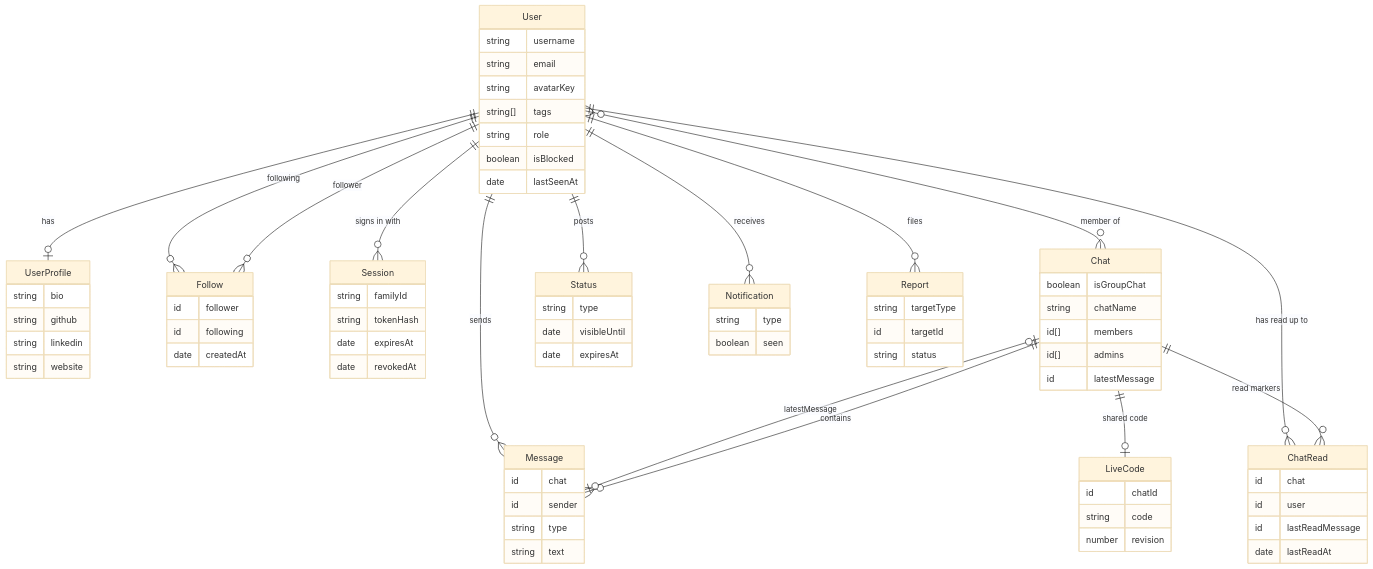
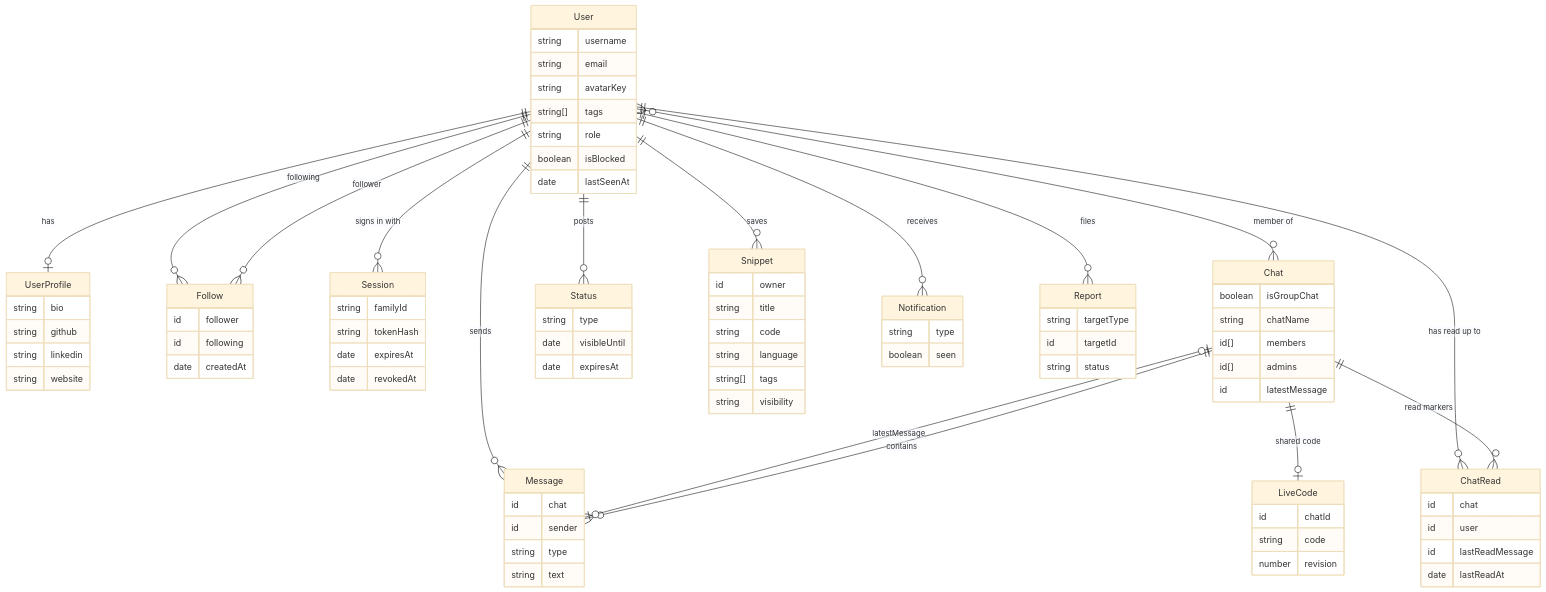
The second of 2 diagrams in README.md (Prabodh-dev/DevSphere), drawn with Mermaid (base theme) before and after one commit. The commit also changed 13 other files, not shown here.

Commit message:
Add saved snippets with visibility, tags, listing and removal

```diff
--- a/README.md
+++ b/README.md
@@ -150,6 +150,7 @@
     Chat ||--o{ ChatRead : "read markers"
     User ||--o{ ChatRead : "has read up to"
     User ||--o{ Status : "posts"
+    User ||--o{ Snippet : "saves"
     User ||--o{ Notification : "receives"
     User ||--o{ Report : "files"
 
@@ -203,6 +204,14 @@
         id lastReadMessage
         date lastReadAt
     }
+    Snippet {
+        id owner
+        string title
+        string code
+        string language
+        string[] tags
+        string visibility
+    }
     Status {
         string type
         date visibleUntil
```
